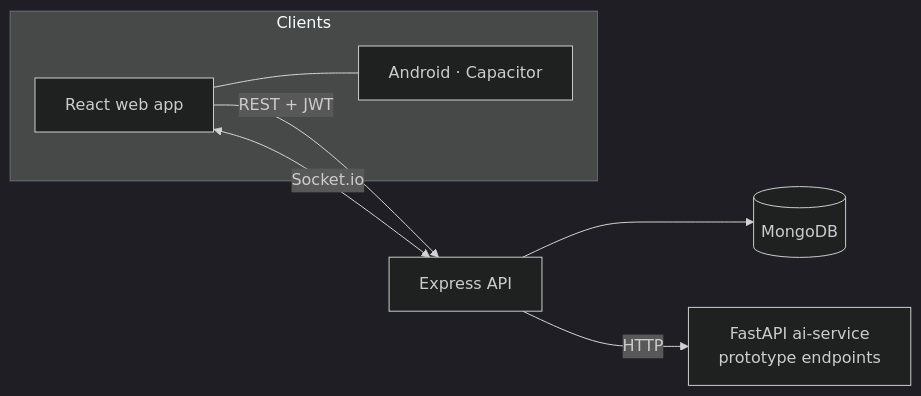
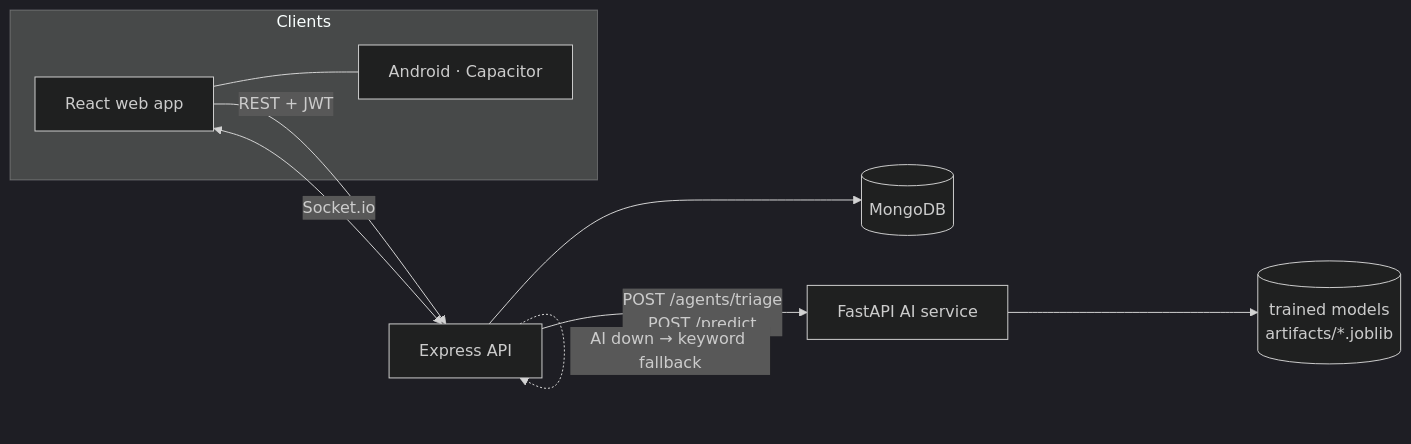
One commit to nvaltryek-001/Agentic-AI-Utility-System changed the first of 2 diagrams in README.md. Above: the diagram before and after it, drawn with Mermaid (dark theme). The commit also changed other lines of this file and 60 other files, not shown here.

First line of the commit message:
feat: trained AI triage agents, dataset with train/val/test splits, demo video, full README

````diff
--- a/README.md
+++ b/README.md
@@ -39,10 +70,12 @@
 ```mermaid
 flowchart LR
   subgraph Clients
     W[React web app] --- A[Android · Capacitor]
   end
   W -- REST + JWT --> B[Express API]
   W <-- Socket.io --> B
   B --> M[(MongoDB)]
-  B -- HTTP --> AI[FastAPI ai-service<br/>prototype endpoints]
+  B -- "POST /agents/triage<br/>POST /predict" --> AI[FastAPI AI service]
+  AI --> MD[(trained models<br/>artifacts/*.joblib)]
+  B -. "AI down → keyword fallback" .-> B
 ```
````
